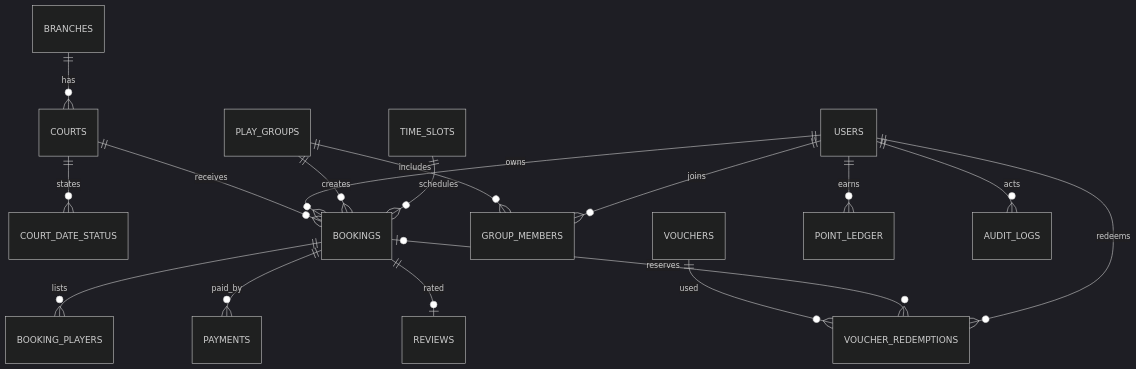
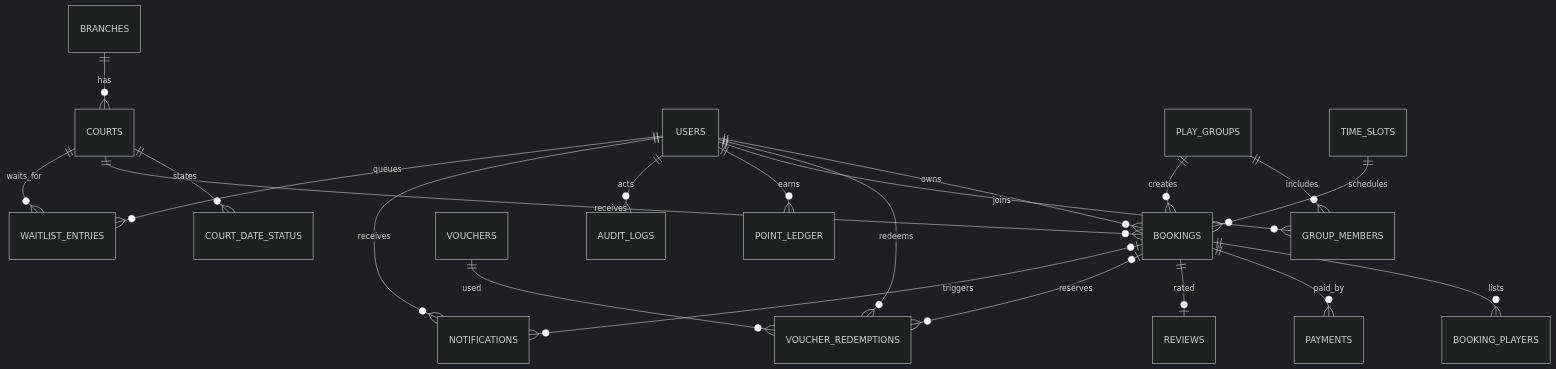
Before and after one commit to taiDinh303/Badminton: the diagram in docs/02-database-design.md, drawn with Mermaid (dark theme). The commit also changed other lines of this file and 134 other files, not shown here.

Commit message:
refactor: align booking architecture configuration and React feature modules

````diff
--- a/docs/02-database-design.md
+++ b/docs/02-database-design.md
@@ -18,19 +18,23 @@
 ```mermaid
 erDiagram
   BRANCHES ||--o{ COURTS : has
   COURTS ||--o{ COURT_DATE_STATUS : states
   COURTS ||--o{ BOOKINGS : receives
   USERS ||--o{ BOOKINGS : owns
   PLAY_GROUPS ||--o{ GROUP_MEMBERS : includes
   PLAY_GROUPS ||--o{ BOOKINGS : creates
   BOOKINGS ||--o{ BOOKING_PLAYERS : lists
   BOOKINGS ||--o{ PAYMENTS : paid_by
   BOOKINGS ||--o| REVIEWS : rated
   VOUCHERS ||--o{ VOUCHER_REDEMPTIONS : used
   BOOKINGS |o--o{ VOUCHER_REDEMPTIONS : reserves
   USERS ||--o{ VOUCHER_REDEMPTIONS : redeems
   USERS ||--o{ GROUP_MEMBERS : joins
   TIME_SLOTS ||--o{ BOOKINGS : schedules
   USERS ||--o{ POINT_LEDGER : earns
   USERS ||--o{ AUDIT_LOGS : acts
+  USERS ||--o{ NOTIFICATIONS : receives
+  BOOKINGS |o--o{ NOTIFICATIONS : triggers
+  USERS ||--o{ WAITLIST_ENTRIES : queues
+  COURTS ||--o{ WAITLIST_ENTRIES : waits_for
 ```
````
